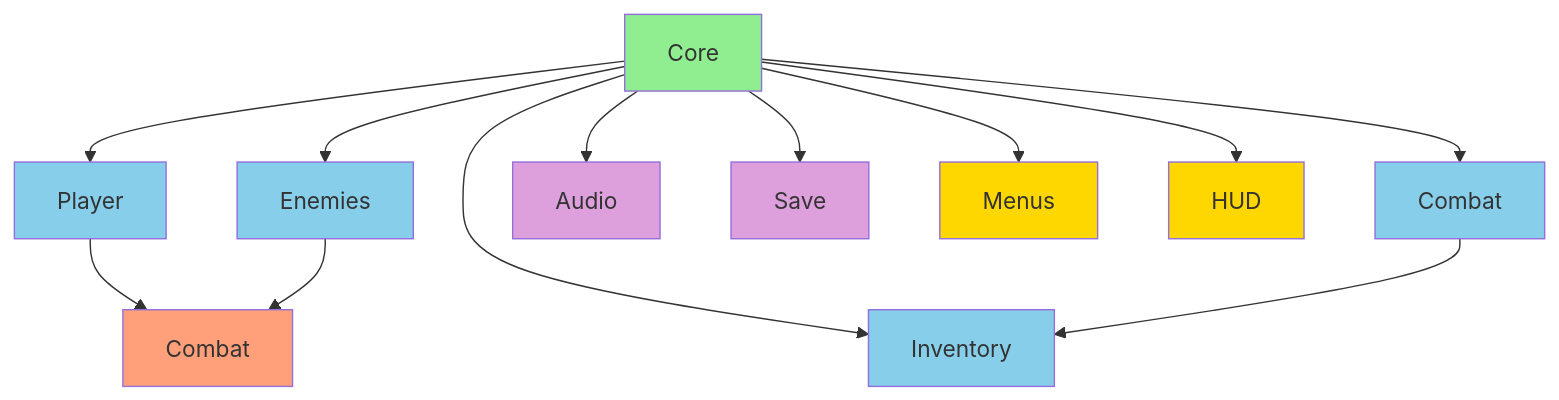
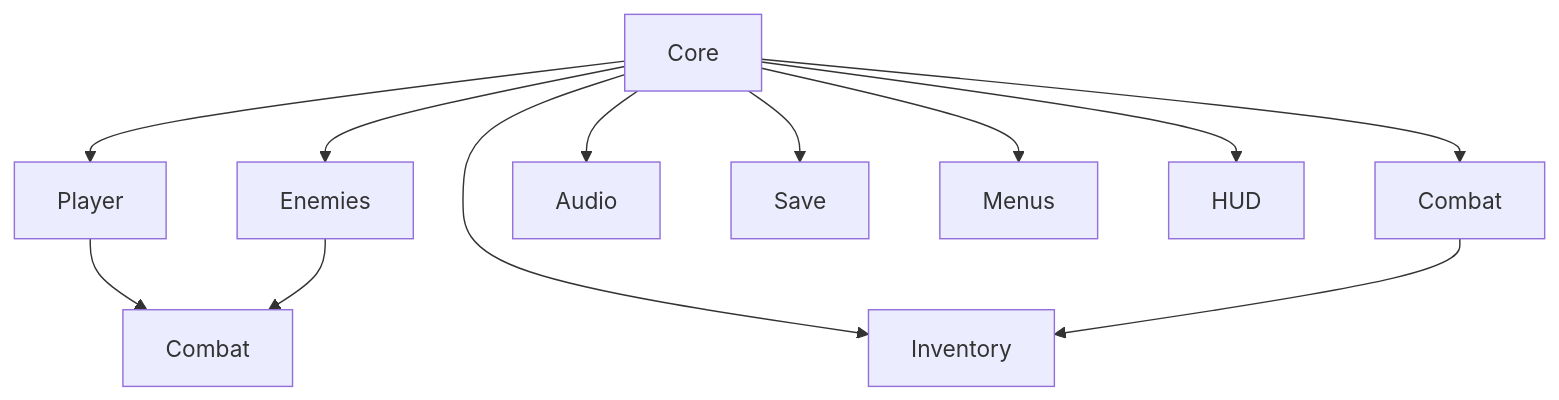
Before and after one commit to wallstop/unity-tips: the second of 4 diagrams in docs/assembly-definitions/04-common-patterns.md, drawn with Mermaid. The commit also changed other lines of this file and 27 other files, not shown here.

Commit message:
Convert ASCII diagrams to Mermaid format (#30)

````diff
--- a/docs/assembly-definitions/04-common-patterns.md
+++ b/docs/assembly-definitions/04-common-patterns.md
@@ -150,27 +146,17 @@
 ```mermaid
 graph TD
     A[Core] --> B[Player]
     A --> C[Enemies]
     A --> D[Combat]
     A --> E[Inventory]
     A --> F[Audio]
     A --> G[Save]
 
     B --> H[Combat]
     C --> H
     D --> E
 
     A --> I[Menus]
     A --> J[HUD]
 
-    style A fill:#90EE90
-    style B fill:#87CEEB
-    style C fill:#87CEEB
-    style D fill:#87CEEB
-    style E fill:#87CEEB
-    style F fill:#DDA0DD
-    style G fill:#DDA0DD
-    style H fill:#FFA07A
-    style I fill:#FFD700
-    style J fill:#FFD700
 ```
````
